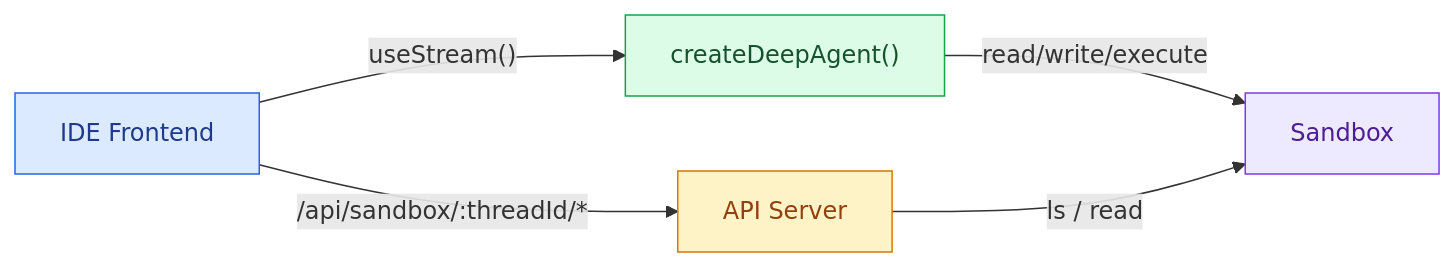
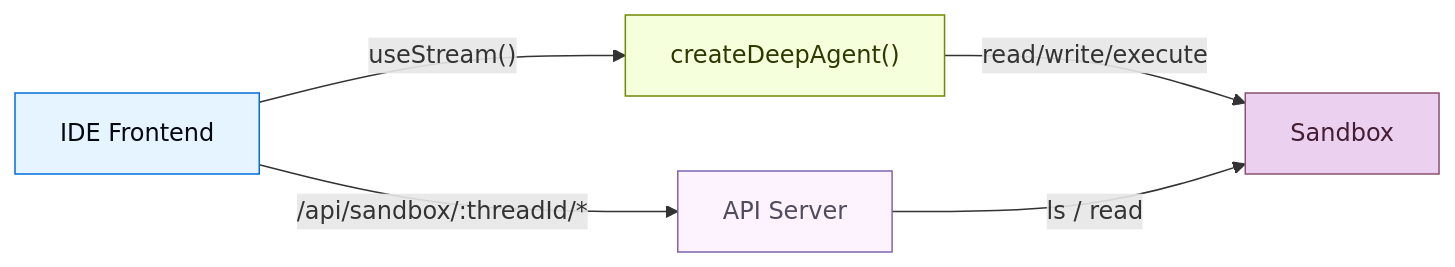
Before and after one commit to ActianCorp/langchain-ai-docs: the first of 2 diagrams in build/oss/javascript/deepagents/frontend/sandbox.mdx, drawn with Mermaid. The commit also changed other lines of this file and 2455 other files, not shown here.

````diff
--- a/build/oss/javascript/deepagents/frontend/sandbox.mdx
+++ b/build/oss/javascript/deepagents/frontend/sandbox.mdx
@@ -35,29 +35,29 @@
 ```mermaid
 %%{
   init: {
     "fontFamily": "monospace",
     "flowchart": {
       "curve": "curve"
     }
   }
 }%%
 graph LR
   UI["IDE Frontend"]
   API["API Server"]
   AGENT["createDeepAgent()"]
   SANDBOX["Sandbox"]
 
   UI --"useStream()"--> AGENT
   UI --"/api/sandbox/:threadId/*"--> API
   AGENT --"read/write/execute"--> SANDBOX
   API --"ls / read"--> SANDBOX
 
-  classDef blueHighlight fill:#DBEAFE,stroke:#2563EB,color:#1E3A8A;
-  classDef greenHighlight fill:#DCFCE7,stroke:#16A34A,color:#14532D;
-  classDef purpleHighlight fill:#EDE9FE,stroke:#7C3AED,color:#4C1D95;
-  classDef orangeHighlight fill:#FEF3C7,stroke:#D97706,color:#92400E;
+  classDef blueHighlight fill:#E5F4FF,stroke:#006DDD,color:#030710;
+  classDef greenHighlight fill:#F6FFDB,stroke:#6E8900,color:#2E3900;
+  classDef purpleHighlight fill:#EBD0F0,stroke:#885270,color:#441E33;
+  classDef orangeHighlight fill:#FDF3FF,stroke:#7E65AE,color:#504B5F;
   class UI blueHighlight;
   class AGENT greenHighlight;
   class SANDBOX purpleHighlight;
   class API orangeHighlight;
 ```
````
